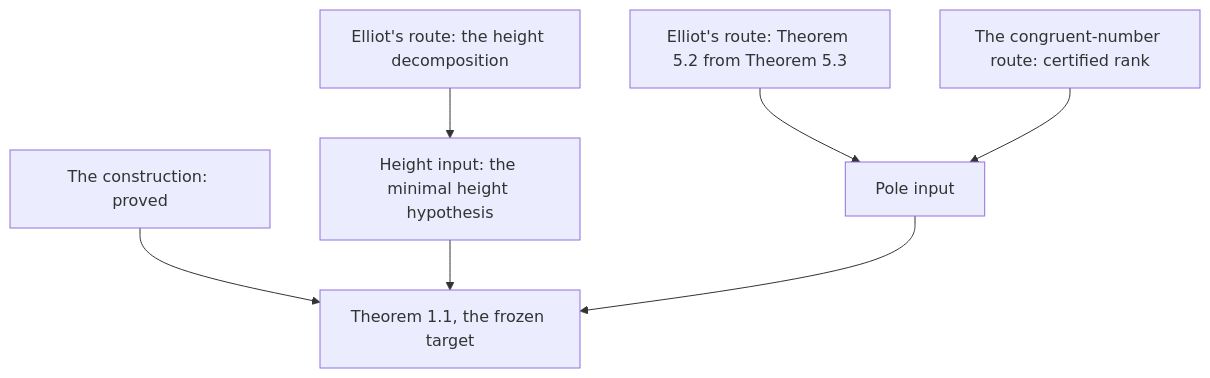
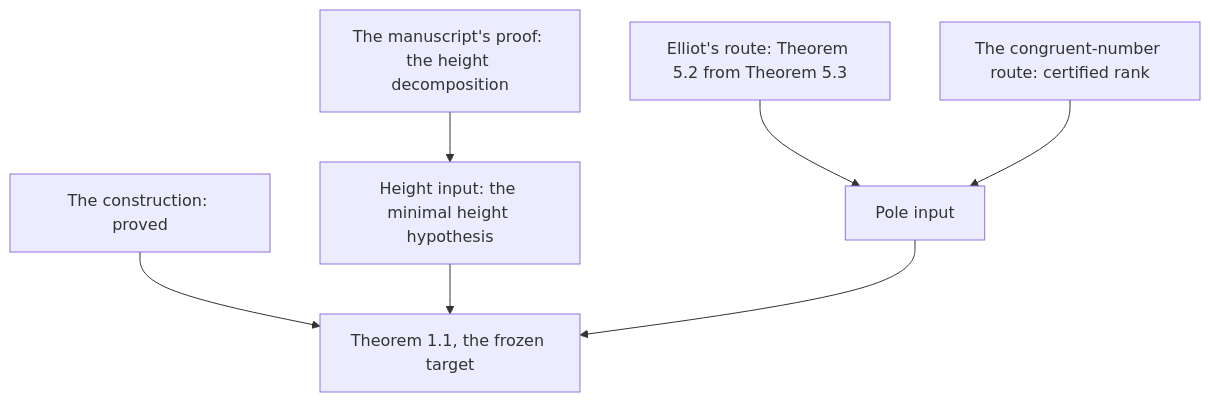
One commit to CheyLoveday/diophantine-z-q changed the diagram in blueprint/roadmap/README.md. Above: the diagram before and after it, drawn with Mermaid. The commit also changed other lines of this file and 11 other files, not shown here.

Commit message:
Roadmap: merge main (rank-one fold, 25 open); pole completeness from three inputs, hRank as Silverman's rank-one implication; phase 2 review fixes (hCT glue until read, kinds of the open statements, generator wording, where pole completeness enters the construction, congruent-number kinds)

````diff
--- a/blueprint/roadmap/README.md
+++ b/blueprint/roadmap/README.md
@@ -17,10 +17,10 @@
 ```mermaid
 flowchart TD
   T["Theorem 1.1, the frozen target"]
   C["The construction: proved"] --> T
   H["Height input: the minimal height hypothesis"] --> T
   P["Pole input"] --> T
-  HD["Elliot's route: the height decomposition"] --> H
+  HD["The manuscript's proof: the height decomposition"] --> H
   PE["Elliot's route: Theorem 5.2 from Theorem 5.3"] --> P
   PK["The congruent-number route: certified rank"] --> P
 ```
````
